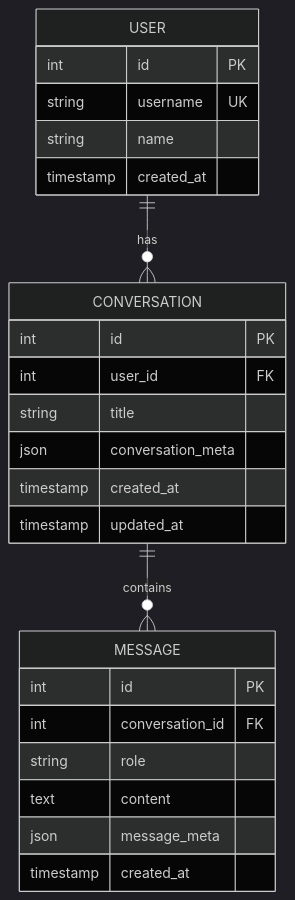
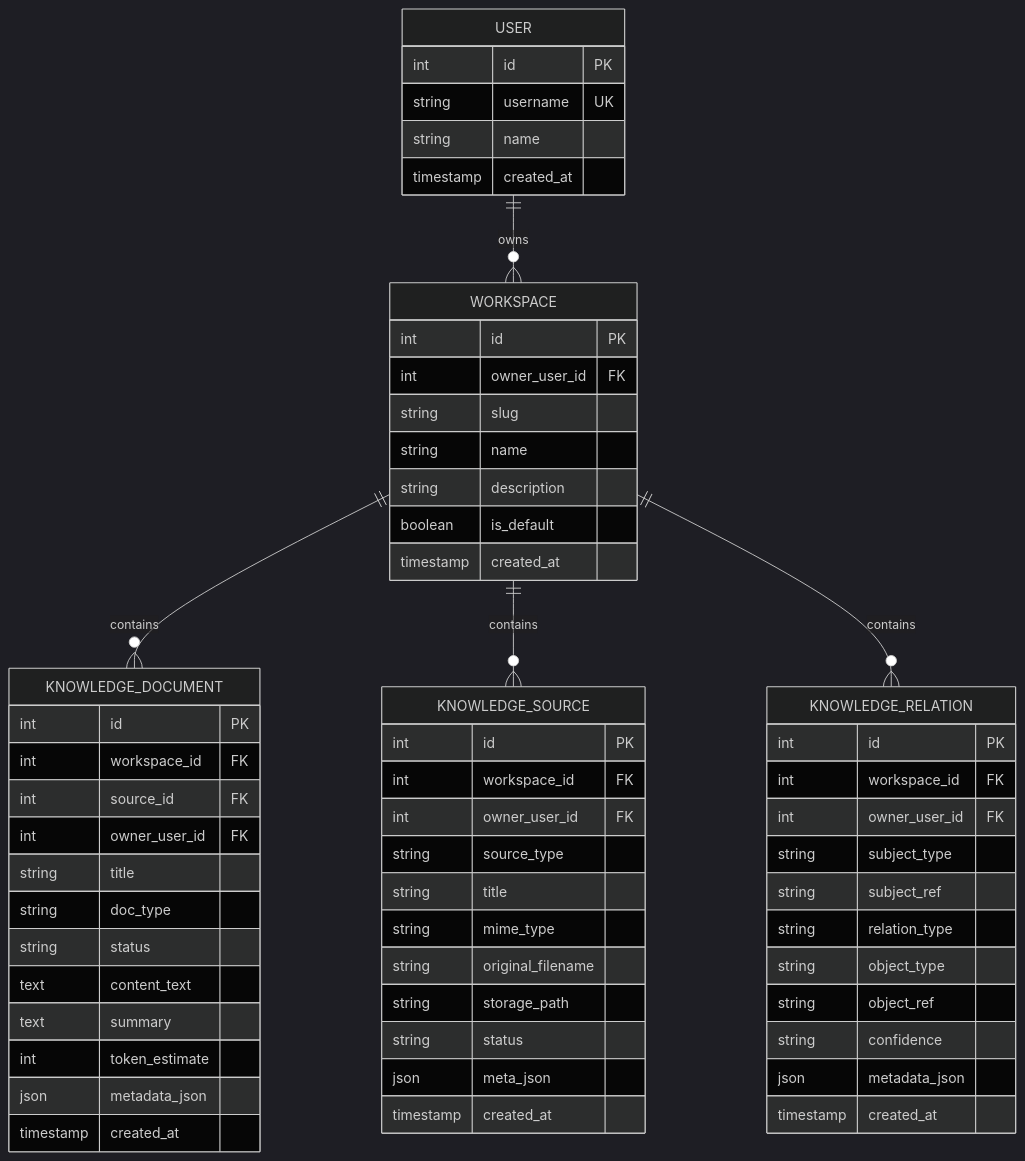
Before and after one commit to ghbbn053-ship-itsoulddog/soulddog: the third of 27 diagrams in .qoder/repowiki/zh/content/前端应用文档/AI聊天界面与对话交互.md, drawn with Mermaid (dark theme). The commit also changed other lines of this file and 119 other files, not shown here.

````diff
--- a/.qoder/repowiki/zh/content/前端应用文档/AI聊天界面与对话交互.md
+++ b/.qoder/repowiki/zh/content/前端应用文档/AI聊天界面与对话交互.md
@@ -171,27 +288,62 @@
 ```mermaid
 erDiagram
 USER {
 int id PK
 string username UK
 string name
 timestamp created_at
 }
-CONVERSATION {
+WORKSPACE {
 int id PK
-int user_id FK
-string title
-json conversation_meta
-timestamp created_at
-timestamp updated_at
-}
-MESSAGE {
-int id PK
-int conversation_id FK
-string role
-text content
-json message_meta
+int owner_user_id FK
+string slug
+string name
+string description
+boolean is_default
 timestamp created_at
 }
-USER ||--o{ CONVERSATION : has
-CONVERSATION ||--o{ MESSAGE : contains
+KNOWLEDGE_DOCUMENT {
+int id PK
+int workspace_id FK
+int source_id FK
+int owner_user_id FK
+string title
+string doc_type
+string status
+text content_text
+text summary
+int token_estimate
+json metadata_json
+timestamp created_at
+}
+KNOWLEDGE_SOURCE {
+int id PK
+int workspace_id FK
+int owner_user_id FK
+string source_type
+string title
+string mime_type
+string original_filename
+string storage_path
+string status
+json meta_json
+timestamp created_at
+}
+KNOWLEDGE_RELATION {
+int id PK
+int workspace_id FK
+int owner_user_id FK
+string subject_type
+string subject_ref
+string relation_type
+string object_type
+string object_ref
+string confidence
+json metadata_json
+timestamp created_at
+}
+USER ||--o{ WORKSPACE : owns
+WORKSPACE ||--o{ KNOWLEDGE_DOCUMENT : contains
+WORKSPACE ||--o{ KNOWLEDGE_SOURCE : contains
+WORKSPACE ||--o{ KNOWLEDGE_RELATION : contains
 ```
````
